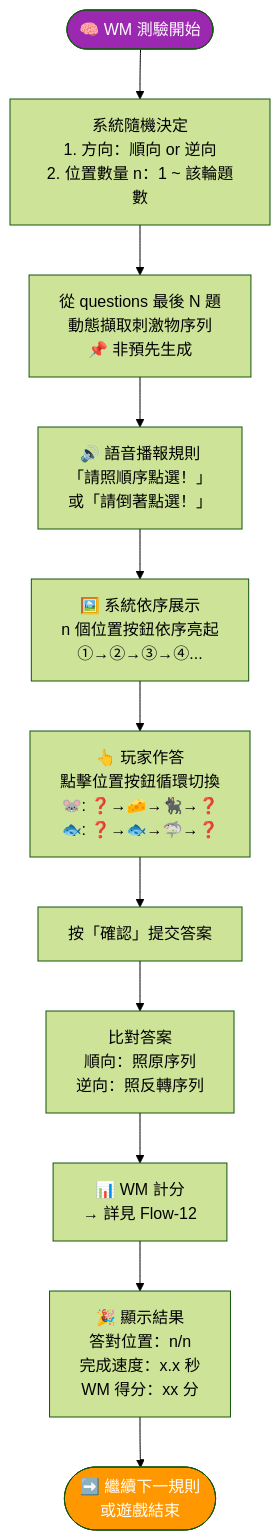
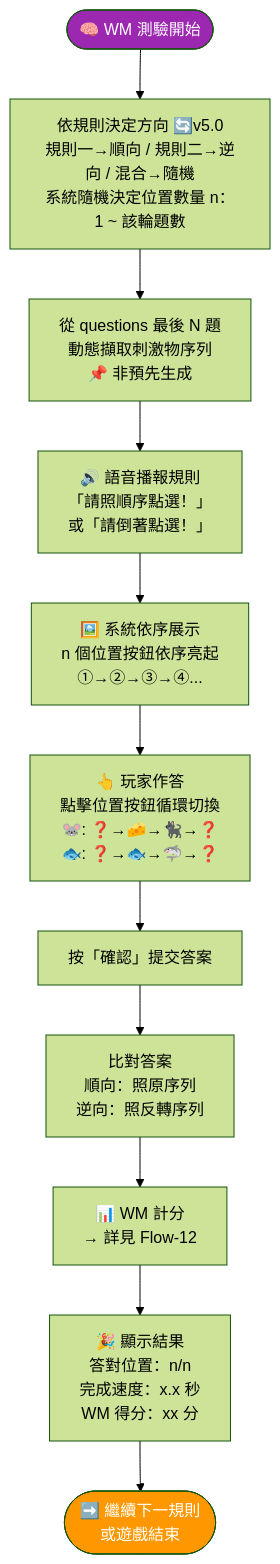
Before and after one commit to patiencelee-39/ef-game: diagram 19 of 34 in docs/完整需求文件v4.5.md, drawn with Mermaid (forest theme). The commit also changed other lines of this file and 62 other files, not shown here.

````diff
--- a/docs/完整需求文件v4.5.md
+++ b/docs/完整需求文件v4.5.md
@@ -2975,25 +2979,25 @@
 ```mermaid
 flowchart TB
-    START([🧠 WM 測驗開始]) --> RANDOM[系統隨機決定<br/>1. 方向：順向 or 逆向<br/>2. 位置數量 n：1 ~ 該輪題數]
+    START([🧠 WM 測驗開始]) --> DECIDE[依規則決定方向 🔄v5.0<br/>規則一→順向 / 規則二→逆向 / 混合→隨機<br/>系統隨機決定位置數量 n：1 ~ 該輪題數]
 
-    RANDOM --> EXTRACT[從 questions 最後 N 題<br/>動態擷取刺激物序列<br/>📌 非預先生成]
+    DECIDE --> EXTRACT[從 questions 最後 N 題<br/>動態擷取刺激物序列<br/>📌 非預先生成]
 
     EXTRACT --> VOICE[🔊 語音播報規則<br/>「請照順序點選！」<br/>或「請倒著點選！」]
 
     VOICE --> SHOW[🖼️ 系統依序展示<br/>n 個位置按鈕依序亮起<br/>①→②→③→④...]
 
     SHOW --> ANSWER[👆 玩家作答<br/>點擊位置按鈕循環切換<br/>🐭: ❓→🧀→🐈‍⬛→❓<br/>🐟: ❓→🐟→🦈→❓]
 
     ANSWER --> CONFIRM[按「確認」提交答案]
 
     CONFIRM --> COMPARE[比對答案<br/>順向：照原序列<br/>逆向：照反轉序列]
 
     COMPARE --> SCORE[📊 WM 計分<br/>→ 詳見 Flow-12]
 
     SCORE --> DISPLAY[🎉 顯示結果<br/>答對位置：n/n<br/>完成速度：x.x 秒<br/>WM 得分：xx 分]
 
     DISPLAY --> NEXT([➡️ 繼續下一規則<br/>或遊戲結束])
 
     style START fill:#9C27B0,color:#fff
     style NEXT fill:#FF9800,color:#fff
 ```
````
